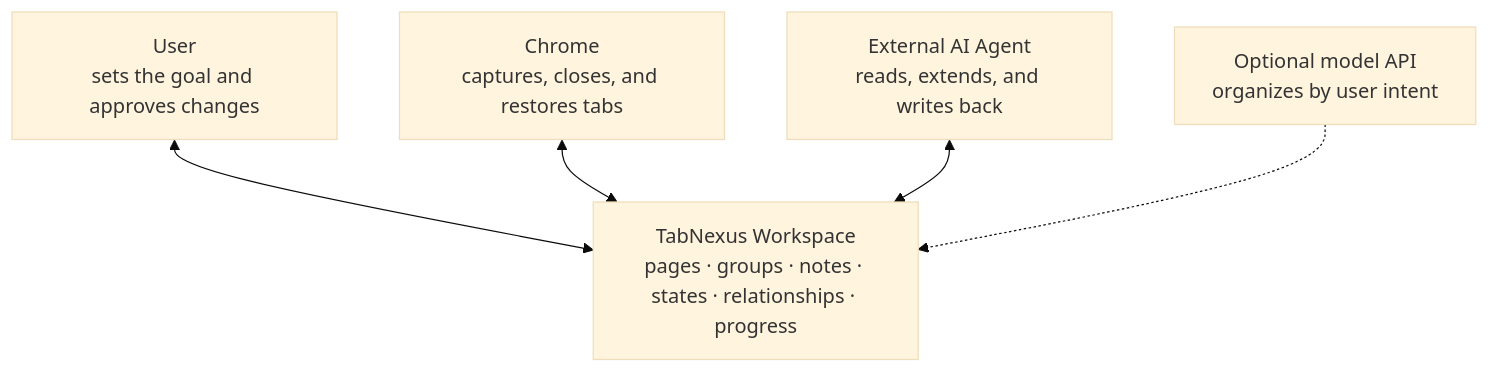
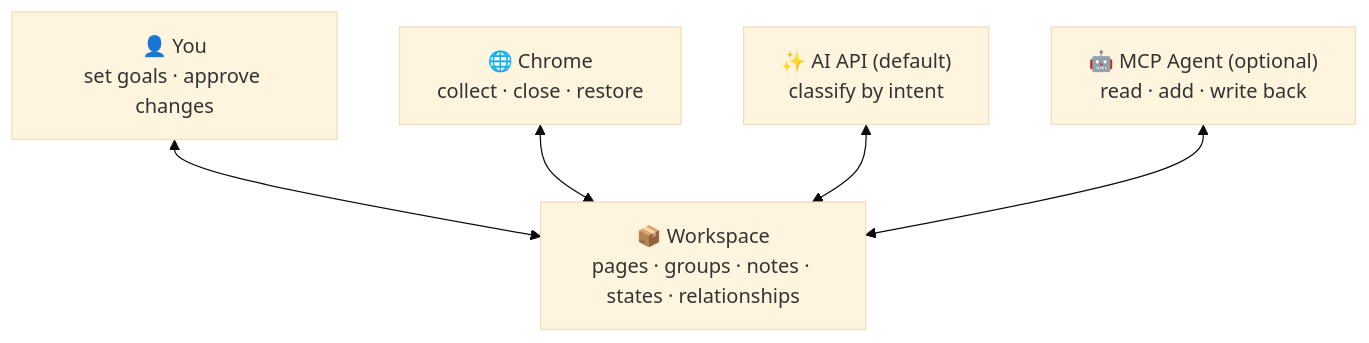
Before and after one commit to KaichenCurry/TabNexus: the second of 2 diagrams in docs/README.en.md, drawn with Mermaid (base theme). The commit also changed other lines of this file and 79 other files, not shown here.

````diff
--- a/docs/README.en.md
+++ b/docs/README.en.md
@@ -65,8 +57,8 @@
-```mermaid
+~~~mermaid
 flowchart TB
-    Context["TabNexus Workspace<br/>pages · groups · notes · states · relationships · progress"]
-    User["User<br/>sets the goal and approves changes"] <--> Context
-    Browser["Chrome<br/>captures, closes, and restores tabs"] <--> Context
-    Agent["External AI Agent<br/>reads, extends, and writes back"] <--> Context
-    Model["Optional model API<br/>organizes by user intent"] -.-> Context
-```
+    Context["📦 Workspace<br/>pages · groups · notes · states · relationships"]
+    User["👤 You<br/>set goals · approve changes"] <--> Context
+    Browser["🌐 Chrome<br/>collect · close · restore"] <--> Context
+    API["✨ AI API (default)<br/>classify by intent"] <--> Context
+    Agent["🤖 MCP Agent (optional)<br/>read · add · write back"] <--> Context
+~~~
````
